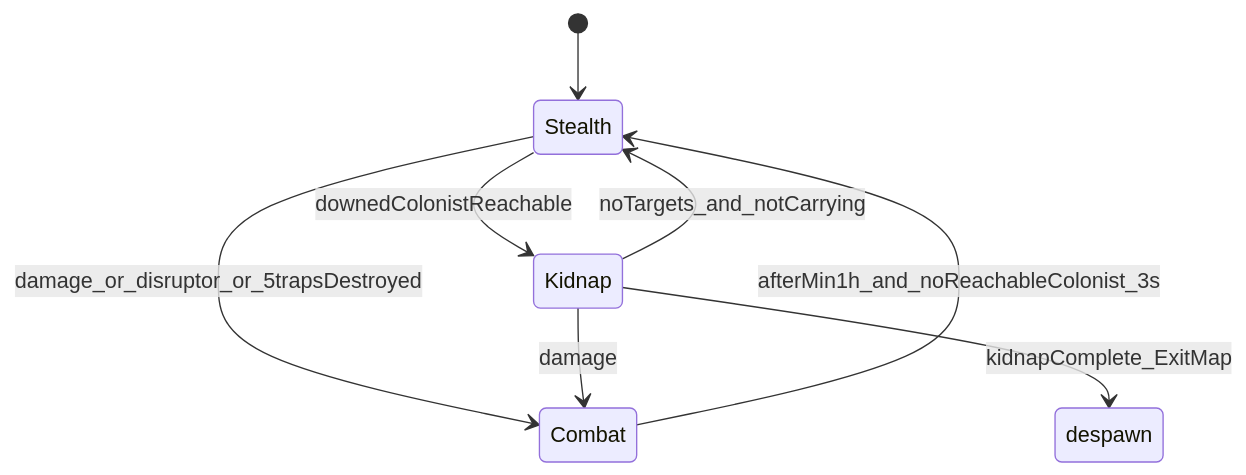
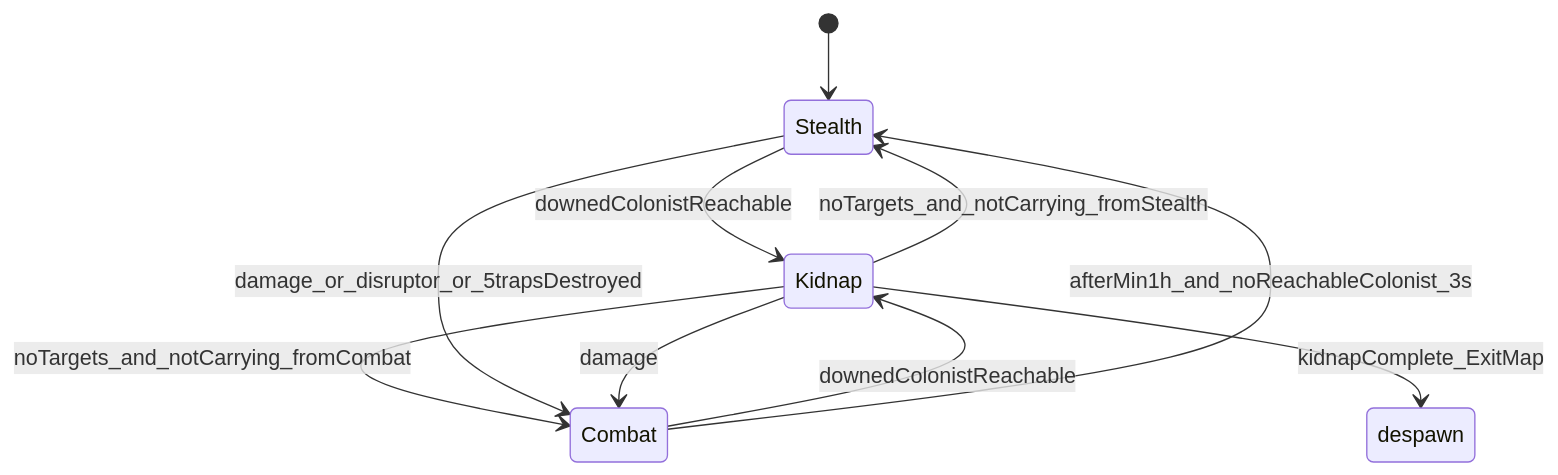
Before and after one commit to WlLL1204/VoidAwake: the second of 5 diagrams in Docs/Trapper.md, drawn with Mermaid. The commit also changed other lines of this file and 7 other files, not shown here.

````diff
--- a/Docs/Trapper.md
+++ b/Docs/Trapper.md
@@ -53,10 +53,12 @@
 ```mermaid
 stateDiagram-v2
   [*] --> Stealth
   Stealth --> Kidnap: downedColonistReachable
-  Kidnap --> Stealth: noTargets_and_notCarrying
+  Combat --> Kidnap: downedColonistReachable
+  Kidnap --> Stealth: noTargets_and_notCarrying_fromStealth
+  Kidnap --> Combat: noTargets_and_notCarrying_fromCombat
   Stealth --> Combat: damage_or_disruptor_or_5trapsDestroyed
   Kidnap --> Combat: damage
   Combat --> Stealth: afterMin1h_and_noReachableColonist_3s
   Kidnap --> despawn: kidnapComplete_ExitMap
 ```
````
